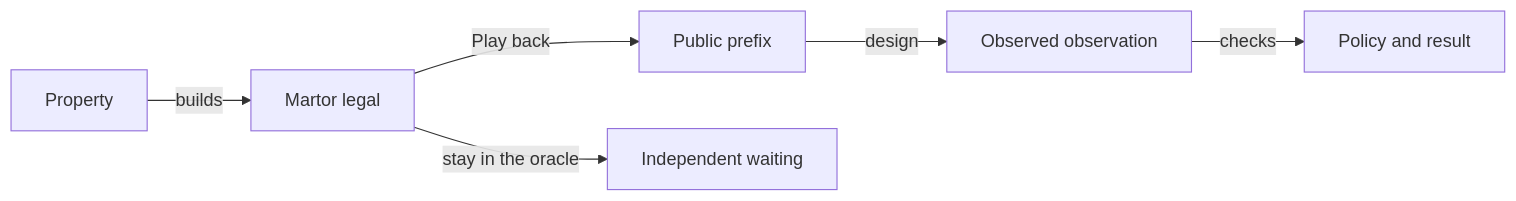
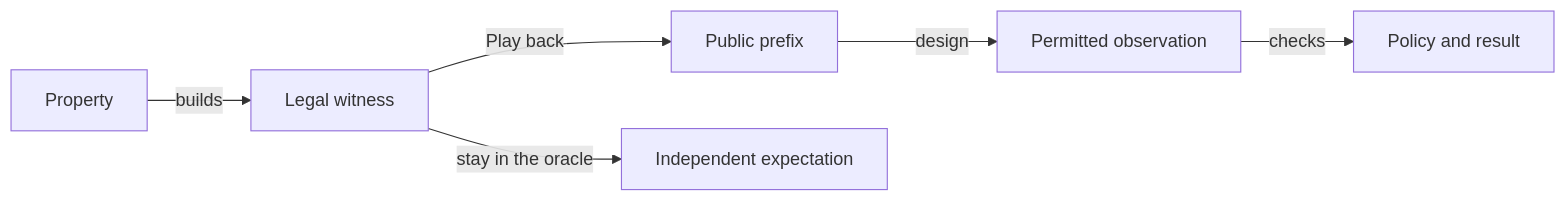
Before and after one commit to crististefanita/atf_j4: the diagram in docs/testing/ATF_AiComponents.md, drawn with Mermaid. The commit also changed other lines of this file and 126 other files, not shown here.

````diff
--- a/docs/testing/ATF_AiComponents.md
+++ b/docs/testing/ATF_AiComponents.md
@@ -9,8 +9,8 @@
 ```mermaid
 flowchart LR
-    RULE[Property] -->|builds| WITNESS[Martor legal]
+    RULE[Property] -->|builds| WITNESS[Legal witness]
     WITNESS -->|Play back| PREFIX[Public prefix]
-    PREFIX -->|design| OBS[Observed observation]
+    PREFIX -->|design| OBS[Permitted observation]
     OBS -->|checks| CHECK[Policy and result]
-    WITNESS -->|stay in the oracle| ORACLE[Independent waiting]
+    WITNESS -->|stay in the oracle| ORACLE[Independent expectation]
 ```
````
